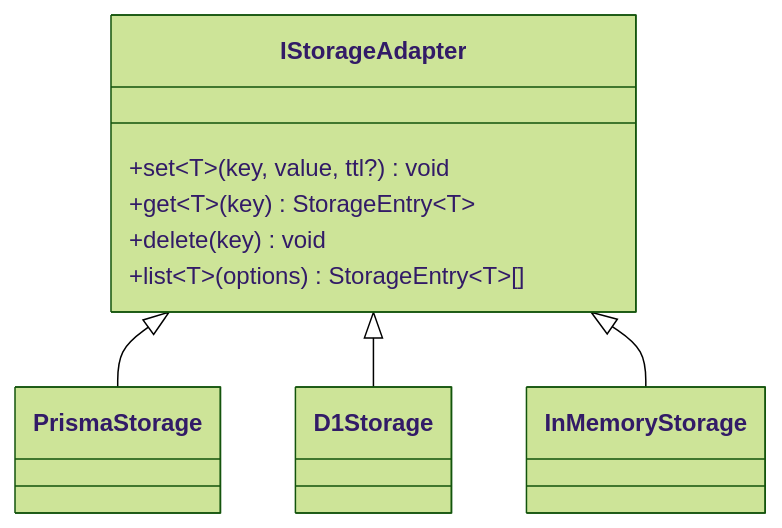
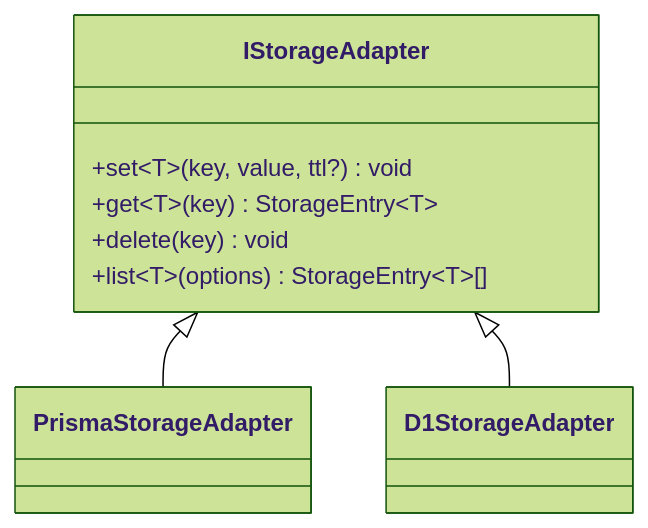
The diagram in docs/PRISMA_EVALUATION.md (AdguardTeam/HostlistCompiler), drawn with Mermaid (forest theme) before and after one commit. The commit also changed 1 other file, not shown here.

Commit message:
docs: apply PR review feedback on Mermaid diagrams

````diff
--- a/docs/PRISMA_EVALUATION.md
+++ b/docs/PRISMA_EVALUATION.md
@@ -195,12 +195,11 @@
 ```mermaid
 classDiagram
     class IStorageAdapter {
         +set~T~(key, value, ttl?) void
         +get~T~(key) StorageEntry~T~
         +delete(key) void
         +list~T~(options) StorageEntry~T~[]
     }
-    IStorageAdapter <|-- PrismaStorage
-    IStorageAdapter <|-- D1Storage
-    IStorageAdapter <|-- InMemoryStorage
+    IStorageAdapter <|-- PrismaStorageAdapter
+    IStorageAdapter <|-- D1StorageAdapter
 ```
````
